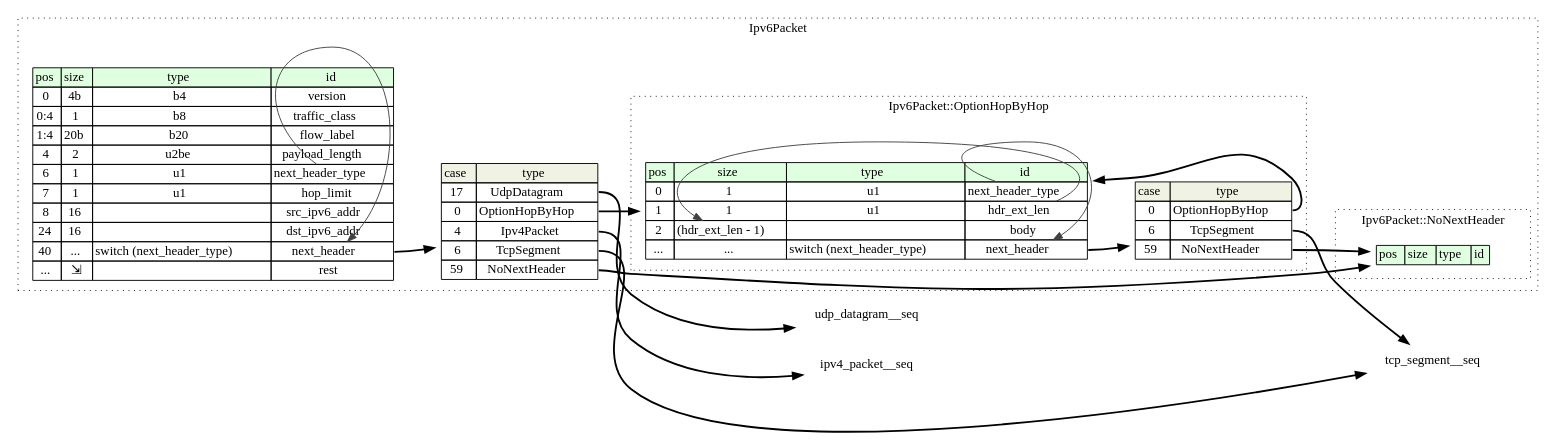
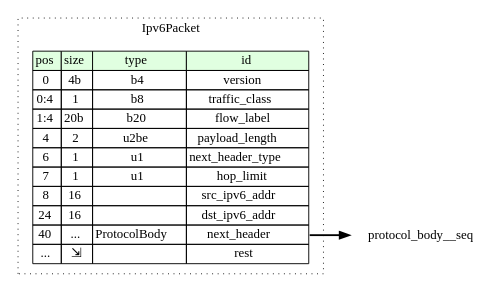
Before and after one commit to kaitai-io/formats-kaitai-io.github.io: the diagram in ipv6_packet/src/graphviz/ipv6_packet.dot, drawn with Graphviz. The commit also changed 76 other files, not shown here.

```diff
--- a/ipv6_packet/src/graphviz/ipv6_packet.dot
+++ b/ipv6_packet/src/graphviz/ipv6_packet.dot
@@ -1,69 +1,23 @@
 digraph {
 	rankdir=LR;
 	node [shape=plaintext];
 	subgraph cluster__ipv6_packet {
 		label="Ipv6Packet";
 		graph[style=dotted];
 
 		ipv6_packet__seq [label=<<TABLE BORDER="0" CELLBORDER="1" CELLSPACING="0">
 			<TR><TD BGCOLOR="#E0FFE0">pos</TD><TD BGCOLOR="#E0FFE0">size</TD><TD BGCOLOR="#E0FFE0">type</TD><TD BGCOLOR="#E0FFE0">id</TD></TR>
 			<TR><TD PORT="version_pos">0</TD><TD PORT="version_size">4b</TD><TD>b4</TD><TD PORT="version_type">version</TD></TR>
 			<TR><TD PORT="traffic_class_pos">0:4</TD><TD PORT="traffic_class_size">1</TD><TD>b8</TD><TD PORT="traffic_class_type">traffic_class</TD></TR>
 			<TR><TD PORT="flow_label_pos">1:4</TD><TD PORT="flow_label_size">20b</TD><TD>b20</TD><TD PORT="flow_label_type">flow_label</TD></TR>
 			<TR><TD PORT="payload_length_pos">4</TD><TD PORT="payload_length_size">2</TD><TD>u2be</TD><TD PORT="payload_length_type">payload_length</TD></TR>
 			<TR><TD PORT="next_header_type_pos">6</TD><TD PORT="next_header_type_size">1</TD><TD>u1</TD><TD PORT="next_header_type_type">next_header_type</TD></TR>
 			<TR><TD PORT="hop_limit_pos">7</TD><TD PORT="hop_limit_size">1</TD><TD>u1</TD><TD PORT="hop_limit_type">hop_limit</TD></TR>
 			<TR><TD PORT="src_ipv6_addr_pos">8</TD><TD PORT="src_ipv6_addr_size">16</TD><TD></TD><TD PORT="src_ipv6_addr_type">src_ipv6_addr</TD></TR>
 			<TR><TD PORT="dst_ipv6_addr_pos">24</TD><TD PORT="dst_ipv6_addr_size">16</TD><TD></TD><TD PORT="dst_ipv6_addr_type">dst_ipv6_addr</TD></TR>
-			<TR><TD PORT="next_header_pos">40</TD><TD PORT="next_header_size">...</TD><TD>switch (next_header_type)</TD><TD PORT="next_header_type">next_header</TD></TR>
+			<TR><TD PORT="next_header_pos">40</TD><TD PORT="next_header_size">...</TD><TD>ProtocolBody</TD><TD PORT="next_header_type">next_header</TD></TR>
 			<TR><TD PORT="rest_pos">...</TD><TD PORT="rest_size">⇲</TD><TD></TD><TD PORT="rest_type">rest</TD></TR>
 		</TABLE>>];
-ipv6_packet__seq_next_header_switch [label=<<TABLE BORDER="0" CELLBORDER="1" CELLSPACING="0">
-	<TR><TD BGCOLOR="#F0F2E4">case</TD><TD BGCOLOR="#F0F2E4">type</TD></TR>
-	<TR><TD>17</TD><TD PORT="case0">UdpDatagram</TD></TR>
-	<TR><TD>0</TD><TD PORT="case1">OptionHopByHop</TD></TR>
-	<TR><TD>4</TD><TD PORT="case2">Ipv4Packet</TD></TR>
-	<TR><TD>6</TD><TD PORT="case3">TcpSegment</TD></TR>
-	<TR><TD>59</TD><TD PORT="case4">NoNextHeader</TD></TR>
-</TABLE>>];
-		subgraph cluster__no_next_header {
-			label="Ipv6Packet::NoNextHeader";
-			graph[style=dotted];
-
-			no_next_header__seq [label=<<TABLE BORDER="0" CELLBORDER="1" CELLSPACING="0">
-				<TR><TD BGCOLOR="#E0FFE0">pos</TD><TD BGCOLOR="#E0FFE0">size</TD><TD BGCOLOR="#E0FFE0">type</TD><TD BGCOLOR="#E0FFE0">id</TD></TR>
-			</TABLE>>];
-		}
-		subgraph cluster__option_hop_by_hop {
-			label="Ipv6Packet::OptionHopByHop";
-			graph[style=dotted];
-
-			option_hop_by_hop__seq [label=<<TABLE BORDER="0" CELLBORDER="1" CELLSPACING="0">
-				<TR><TD BGCOLOR="#E0FFE0">pos</TD><TD BGCOLOR="#E0FFE0">size</TD><TD BGCOLOR="#E0FFE0">type</TD><TD BGCOLOR="#E0FFE0">id</TD></TR>
-				<TR><TD PORT="next_header_type_pos">0</TD><TD PORT="next_header_type_size">1</TD><TD>u1</TD><TD PORT="next_header_type_type">next_header_type</TD></TR>
-				<TR><TD PORT="hdr_ext_len_pos">1</TD><TD PORT="hdr_ext_len_size">1</TD><TD>u1</TD><TD PORT="hdr_ext_len_type">hdr_ext_len</TD></TR>
-				<TR><TD PORT="body_pos">2</TD><TD PORT="body_size">(hdr_ext_len - 1)</TD><TD></TD><TD PORT="body_type">body</TD></TR>
-				<TR><TD PORT="next_header_pos">...</TD><TD PORT="next_header_size">...</TD><TD>switch (next_header_type)</TD><TD PORT="next_header_type">next_header</TD></TR>
-			</TABLE>>];
-option_hop_by_hop__seq_next_header_switch [label=<<TABLE BORDER="0" CELLBORDER="1" CELLSPACING="0">
-	<TR><TD BGCOLOR="#F0F2E4">case</TD><TD BGCOLOR="#F0F2E4">type</TD></TR>
-	<TR><TD>0</TD><TD PORT="case0">OptionHopByHop</TD></TR>
-	<TR><TD>6</TD><TD PORT="case1">TcpSegment</TD></TR>
-	<TR><TD>59</TD><TD PORT="case2">NoNextHeader</TD></TR>
-</TABLE>>];
-		}
 	}
-	ipv6_packet__seq:next_header_type -> ipv6_packet__seq_next_header_switch [style=bold];
-	ipv6_packet__seq_next_header_switch:case0 -> udp_datagram__seq [style=bold];
-	ipv6_packet__seq_next_header_switch:case1 -> option_hop_by_hop__seq [style=bold];
-	ipv6_packet__seq_next_header_switch:case2 -> ipv4_packet__seq [style=bold];
-	ipv6_packet__seq_next_header_switch:case3 -> tcp_segment__seq [style=bold];
-	ipv6_packet__seq_next_header_switch:case4 -> no_next_header__seq [style=bold];
-	ipv6_packet__seq:next_header_type_type -> ipv6_packet__seq:next_header_type [color="#404040"];
-	option_hop_by_hop__seq:hdr_ext_len_type -> option_hop_by_hop__seq:body_size [color="#404040"];
-	option_hop_by_hop__seq:next_header_type -> option_hop_by_hop__seq_next_header_switch [style=bold];
-	option_hop_by_hop__seq_next_header_switch:case0 -> option_hop_by_hop__seq [style=bold];
-	option_hop_by_hop__seq_next_header_switch:case1 -> tcp_segment__seq [style=bold];
-	option_hop_by_hop__seq_next_header_switch:case2 -> no_next_header__seq [style=bold];
-	option_hop_by_hop__seq:next_header_type_type -> option_hop_by_hop__seq:next_header_type [color="#404040"];
+	ipv6_packet__seq:next_header_type -> protocol_body__seq [style=bold];
 }
```
